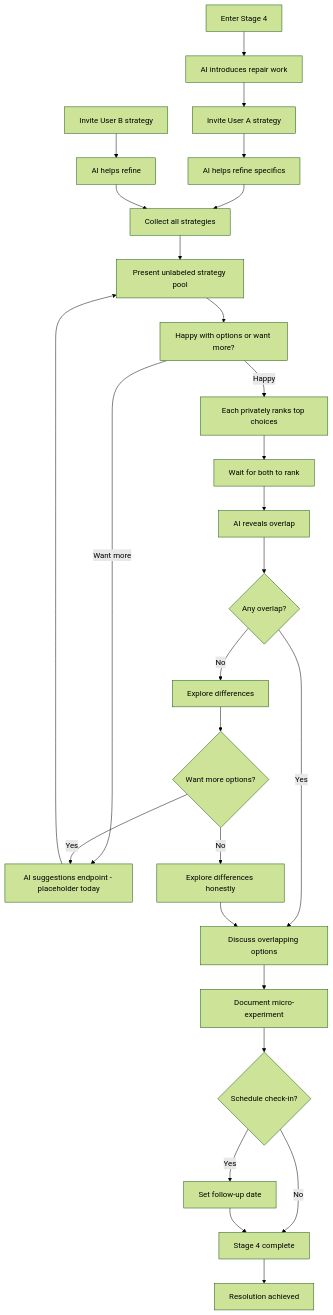
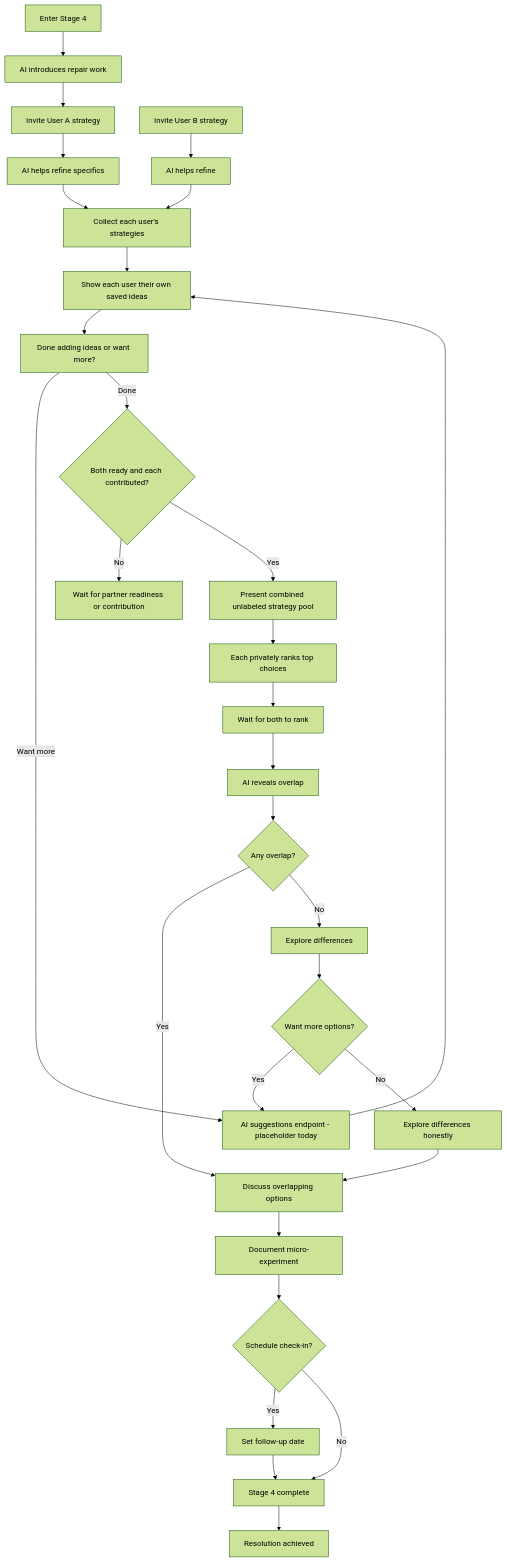
The first of 7 diagrams in docs/product/stages/stage-4-strategic-repair.md (shantamg/meet-without-fear), drawn with Mermaid (forest theme) before and after one commit. The commit also changed other lines of this file and 1 other file, not shown here.

Commit message:
Update Stage 4 strategy gating docs

````diff
--- a/docs/product/stages/stage-4-strategic-repair.md
+++ b/docs/product/stages/stage-4-strategic-repair.md
@@ -46,38 +49,41 @@
 ```mermaid
 flowchart TD
     Enter[Enter Stage 4] --> Intro[AI introduces repair work]
     Intro --> InviteA[Invite User A strategy]
     InviteA --> RefineA[AI helps refine specifics]
 
     InviteB[Invite User B strategy] --> RefineB[AI helps refine]
 
-    RefineA --> Collect[Collect all strategies]
+    RefineA --> Collect[Collect each user's strategies]
     RefineB --> Collect
 
-    Collect --> Present[Present unlabeled strategy pool]
-    Present --> Question[Happy with options or want more?]
+    Collect --> LocalReview[Show each user their own saved ideas]
+    LocalReview --> Question[Done adding ideas or want more?]
 
     Question -->|Want more| Generate[AI suggestions endpoint - placeholder today]
-    Generate --> Present
+    Generate --> LocalReview
 
-    Question -->|Happy| PrivateRank[Each privately ranks top choices]
+    Question -->|Done| Ready{Both ready and each contributed?}
+    Ready -->|No| WaitReady[Wait for partner readiness or contribution]
+    Ready -->|Yes| Present[Present combined unlabeled strategy pool]
+    Present --> PrivateRank[Each privately ranks top choices]
     PrivateRank --> WaitBoth[Wait for both to rank]
     WaitBoth --> Reveal[AI reveals overlap]
     Reveal --> Overlap{Any overlap?}
 
     Overlap -->|Yes| Discuss[Discuss overlapping options]
     Overlap -->|No| Explore[Explore differences]
     Explore --> MoreOptions{Want more options?}
     MoreOptions -->|Yes| Generate
     MoreOptions -->|No| Negotiate[Explore differences honestly]
     Negotiate --> Discuss
 
     Discuss --> Document[Document micro-experiment]
 
     Document --> FollowUp{Schedule check-in?}
     FollowUp -->|Yes| Schedule[Set follow-up date]
     FollowUp -->|No| Complete[Stage 4 complete]
     Schedule --> Complete
 
     Complete --> Resolution[Resolution achieved]
 ```
````
